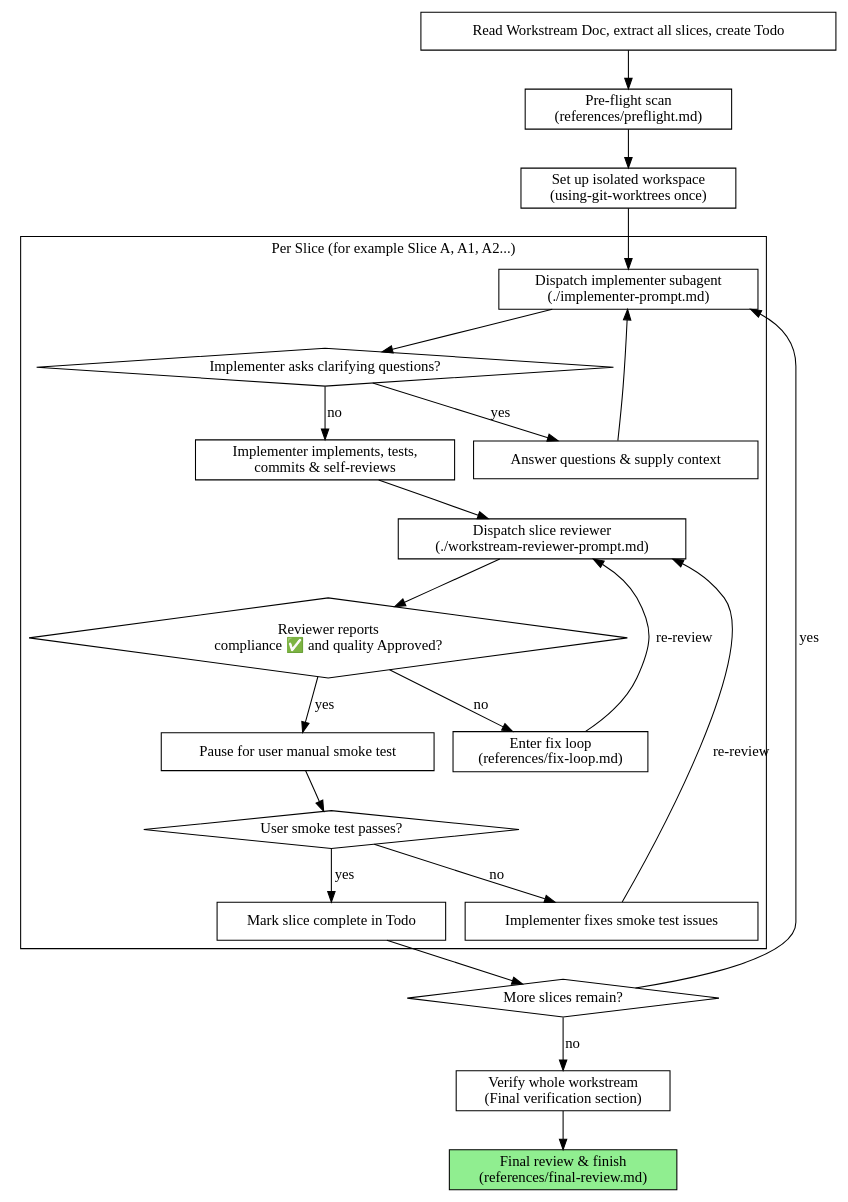
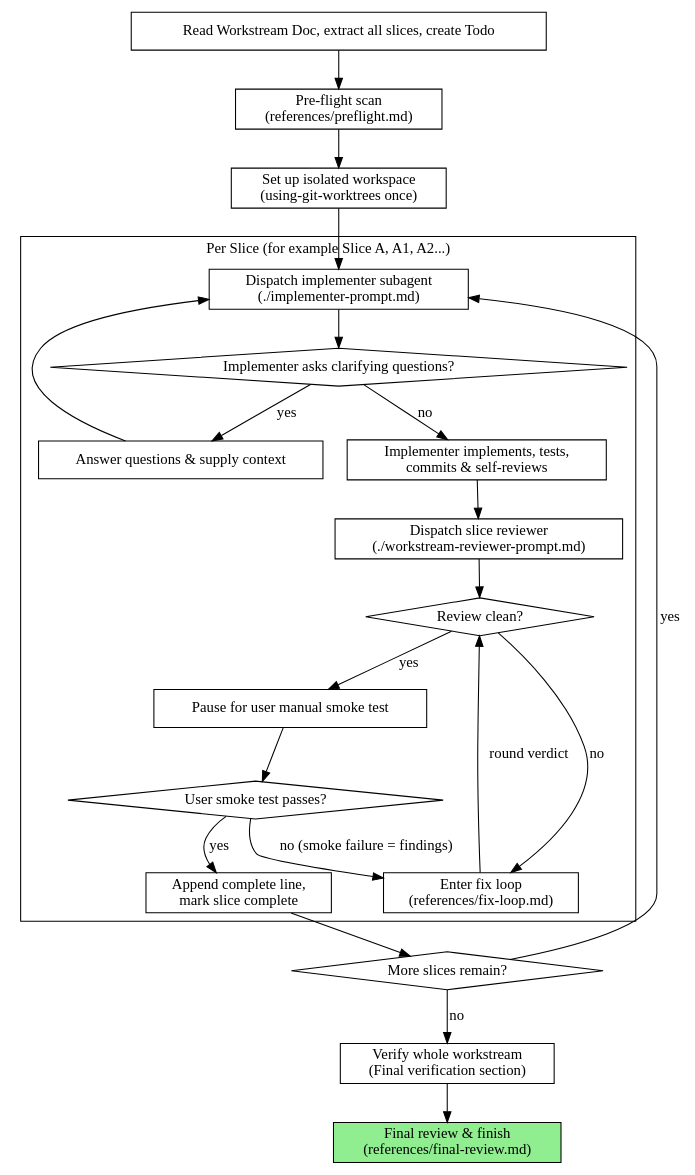
The diagram in skills/workstream-driven-development/SKILL.md (dtbndr/solopowers), drawn with Graphviz before and after one commit. The commit also changed other lines of this file and 5 other files, not shown here.

````diff
--- a/skills/workstream-driven-development/SKILL.md
+++ b/skills/workstream-driven-development/SKILL.md
@@ -28,48 +28,46 @@
 ```dot
 digraph workstream_execution {
     rankdir=TB;
 
     subgraph cluster_per_slice {
         label="Per Slice (for example Slice A, A1, A2...)";
         "Dispatch implementer subagent\n(./implementer-prompt.md)" [shape=box];
         "Implementer asks clarifying questions?" [shape=diamond];
         "Answer questions & supply context" [shape=box];
         "Implementer implements, tests,\ncommits & self-reviews" [shape=box];
         "Dispatch slice reviewer\n(./workstream-reviewer-prompt.md)" [shape=box];
-        "Reviewer reports\ncompliance ✅ and quality Approved?" [shape=diamond];
+        "Review clean?" [shape=diamond];
         "Enter fix loop\n(references/fix-loop.md)" [shape=box];
         "Pause for user manual smoke test" [shape=box];
         "User smoke test passes?" [shape=diamond];
-        "Implementer fixes smoke test issues" [shape=box];
-        "Mark slice complete in Todo" [shape=box];
+        "Append complete line,\nmark slice complete" [shape=box];
     }
 
     "Read Workstream Doc, extract all slices, create Todo" [shape=box];
     "Pre-flight scan\n(references/preflight.md)" [shape=box];
     "Set up isolated workspace\n(using-git-worktrees once)" [shape=box];
     "More slices remain?" [shape=diamond];
     "Verify whole workstream\n(Final verification section)" [shape=box];
     "Final review & finish\n(references/final-review.md)" [shape=box style=filled fillcolor=lightgreen];
 
     "Read Workstream Doc, extract all slices, create Todo" -> "Pre-flight scan\n(references/preflight.md)";
     "Pre-flight scan\n(references/preflight.md)" -> "Set up isolated workspace\n(using-git-worktrees once)";
     "Set up isolated workspace\n(using-git-worktrees once)" -> "Dispatch implementer subagent\n(./implementer-prompt.md)";
     "Dispatch implementer subagent\n(./implementer-prompt.md)" -> "Implementer asks clarifying questions?";
     "Implementer asks clarifying questions?" -> "Answer questions & supply context" [label="yes"];
     "Answer questions & supply context" -> "Dispatch implementer subagent\n(./implementer-prompt.md)";
     "Implementer asks clarifying questions?" -> "Implementer implements, tests,\ncommits & self-reviews" [label="no"];
     "Implementer implements, tests,\ncommits & self-reviews" -> "Dispatch slice reviewer\n(./workstream-reviewer-prompt.md)";
-    "Dispatch slice reviewer\n(./workstream-reviewer-prompt.md)" -> "Reviewer reports\ncompliance ✅ and quality Approved?";
-    "Reviewer reports\ncompliance ✅ and quality Approved?" -> "Enter fix loop\n(references/fix-loop.md)" [label="no"];
-    "Enter fix loop\n(references/fix-loop.md)" -> "Dispatch slice reviewer\n(./workstream-reviewer-prompt.md)" [label="re-review"];
-    "Reviewer reports\ncompliance ✅ and quality Approved?" -> "Pause for user manual smoke test" [label="yes"];
+    "Dispatch slice reviewer\n(./workstream-reviewer-prompt.md)" -> "Review clean?";
+    "Review clean?" -> "Enter fix loop\n(references/fix-loop.md)" [label="no"];
+    "Enter fix loop\n(references/fix-loop.md)" -> "Review clean?" [label="round verdict"];
+    "Review clean?" -> "Pause for user manual smoke test" [label="yes"];
     "Pause for user manual smoke test" -> "User smoke test passes?";
-    "User smoke test passes?" -> "Implementer fixes smoke test issues" [label="no"];
-    "Implementer fixes smoke test issues" -> "Dispatch slice reviewer\n(./workstream-reviewer-prompt.md)" [label="re-review"];
-    "User smoke test passes?" -> "Mark slice complete in Todo" [label="yes"];
-    "Mark slice complete in Todo" -> "More slices remain?";
+    "User smoke test passes?" -> "Enter fix loop\n(references/fix-loop.md)" [label="no (smoke failure = findings)"];
+    "User smoke test passes?" -> "Append complete line,\nmark slice complete" [label="yes"];
+    "Append complete line,\nmark slice complete" -> "More slices remain?";
     "More slices remain?" -> "Dispatch implementer subagent\n(./implementer-prompt.md)" [label="yes"];
     "More slices remain?" -> "Verify whole workstream\n(Final verification section)" [label="no"];
     "Verify whole workstream\n(Final verification section)" -> "Final review & finish\n(references/final-review.md)";
 }
 ```
````
